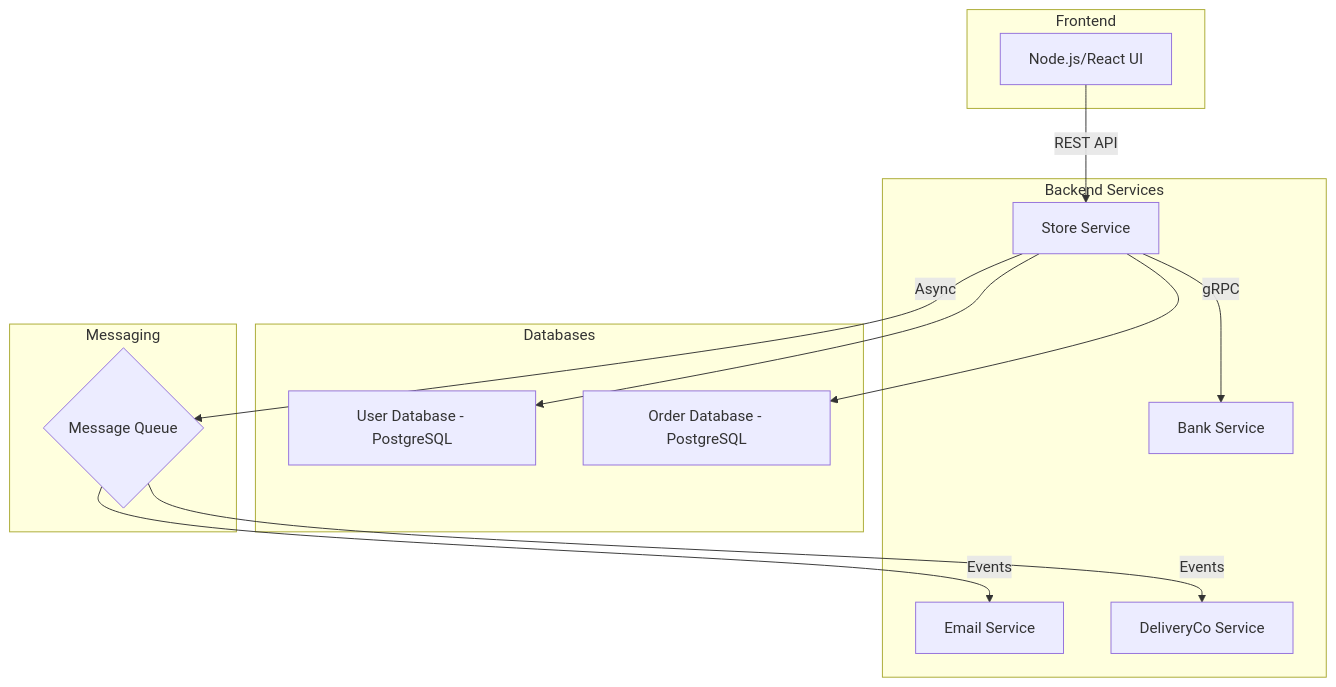
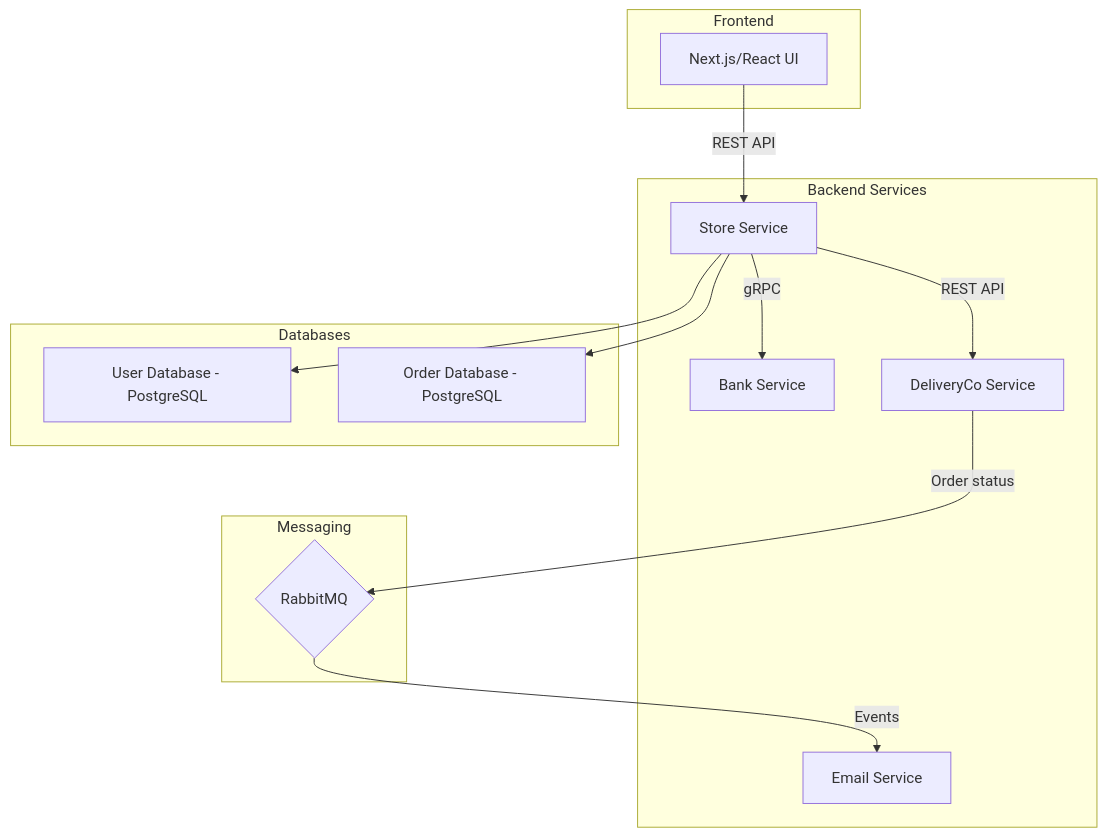
Before and after one commit to Jackela/sydney-comp5348-group-project-showcase: the diagram in README.md, drawn with Mermaid. The commit also changed other lines of this file, not shown here.

````diff
--- a/README.md
+++ b/README.md
@@ -31,30 +31,30 @@
 ```mermaid
 graph TD
     subgraph Frontend
-        A[Node.js/React UI]
+        A[Next.js/React UI]
     end
 
     subgraph Backend Services
         B[Store Service]
         C[Bank Service]
         D[Email Service]
         E[DeliveryCo Service]
     end
 
     subgraph Databases
         F[User Database - PostgreSQL]
         G[Order Database - PostgreSQL]
     end
 
     subgraph Messaging
-        H{Message Queue}
+        H{RabbitMQ}
     end
 
     A -->|REST API| B
     B -->|gRPC| C
-    B -->|Async| H
+    B -->|REST API| E
+    E -->|Order status| H
     H -->|Events| D
-    H -->|Events| E
     B --> F
     B --> G
 ```
````
